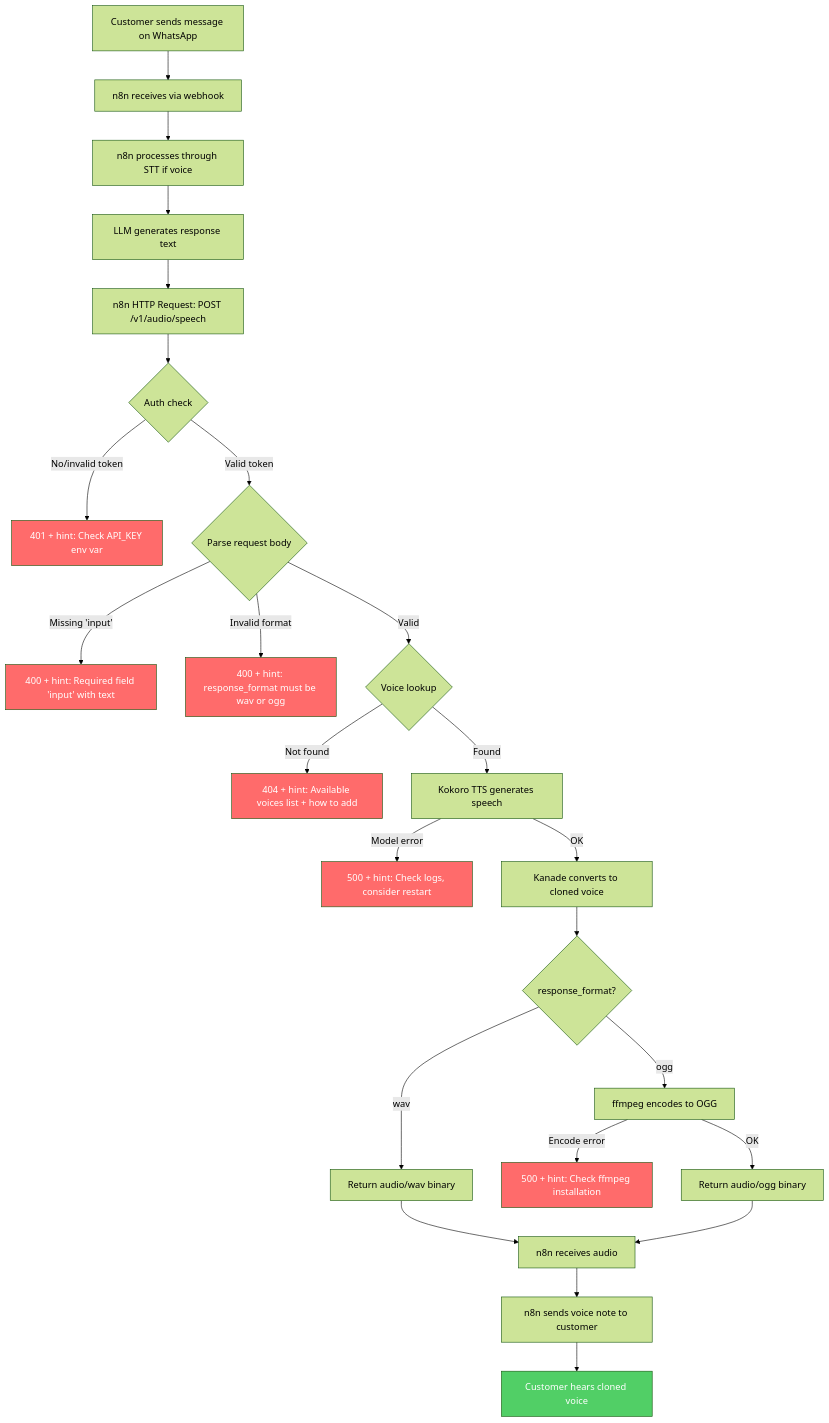
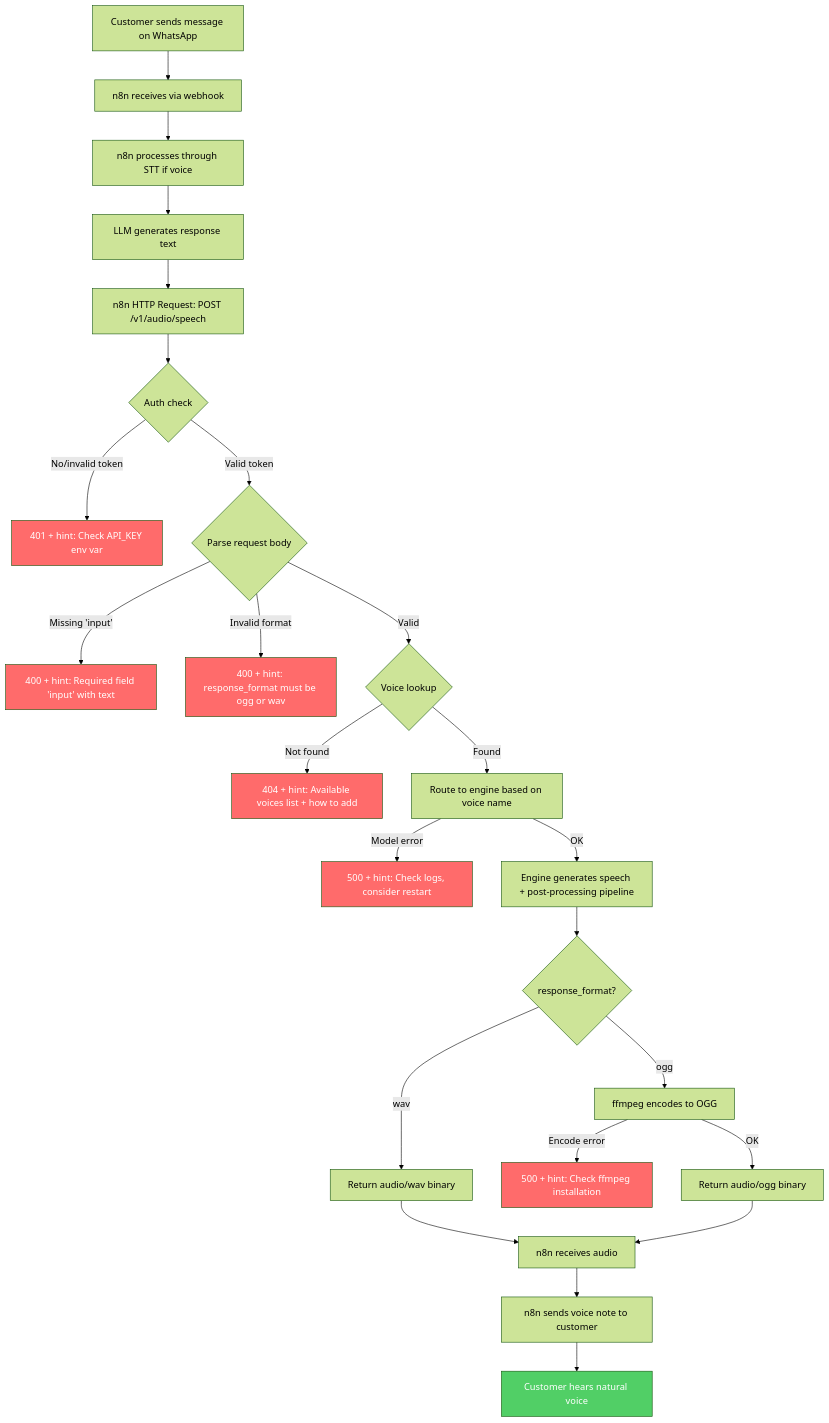
Before and after one commit to docg1701/comadre: the second of 3 diagrams in _bmad-output/planning-artifacts/ux-design-specification.md, drawn with Mermaid (forest theme). The commit also changed other lines of this file and 23 other files, not shown here.

First line of the commit message:
Update planning artifacts, architecture, and docs for dual-engine redesign

````diff
--- a/_bmad-output/planning-artifacts/ux-design-specification.md
+++ b/_bmad-output/planning-artifacts/ux-design-specification.md
@@ -650,40 +654,40 @@
 ```mermaid
 flowchart TD
     A[Customer sends message on WhatsApp] --> B[n8n receives via webhook]
     B --> C[n8n processes through STT if voice]
     C --> D[LLM generates response text]
     D --> E["n8n HTTP Request: POST /v1/audio/speech"]
 
     E --> F{Auth check}
     F -->|No/invalid token| F1["401 + hint: Check API_KEY env var"]
     F -->|Valid token| G{Parse request body}
 
     G -->|Missing 'input'| G1["400 + hint: Required field 'input' with text"]
-    G -->|Invalid format| G2["400 + hint: response_format must be wav or ogg"]
+    G -->|Invalid format| G2["400 + hint: response_format must be ogg or wav"]
     G -->|Valid| H{Voice lookup}
 
     H -->|Not found| H1["404 + hint: Available voices list + how to add"]
-    H -->|Found| I[Kokoro TTS generates speech]
+    H -->|Found| I[Route to engine based on voice name]
 
     I -->|Model error| I1["500 + hint: Check logs, consider restart"]
-    I -->|OK| J[Kanade converts to cloned voice]
+    I -->|OK| J[Engine generates speech + post-processing pipeline]
 
     J --> K{response_format?}
     K -->|wav| L["Return audio/wav binary"]
     K -->|ogg| M["ffmpeg encodes to OGG"]
     M -->|Encode error| M1["500 + hint: Check ffmpeg installation"]
     M -->|OK| N["Return audio/ogg binary"]
 
     L --> O[n8n receives audio]
     N --> O
     O --> P[n8n sends voice note to customer]
-    P --> Q["Customer hears cloned voice"]
+    P --> Q["Customer hears natural voice"]
 
     style F1 fill:#ff6b6b,color:#fff
     style G1 fill:#ff6b6b,color:#fff
     style G2 fill:#ff6b6b,color:#fff
     style H1 fill:#ff6b6b,color:#fff
     style I1 fill:#ff6b6b,color:#fff
     style M1 fill:#ff6b6b,color:#fff
     style Q fill:#51cf66,color:#fff
 ```
````
